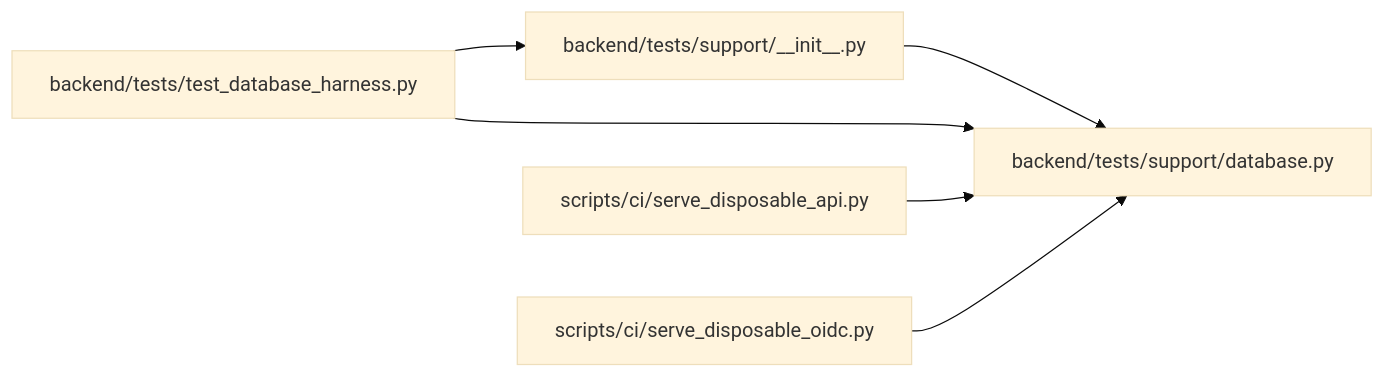
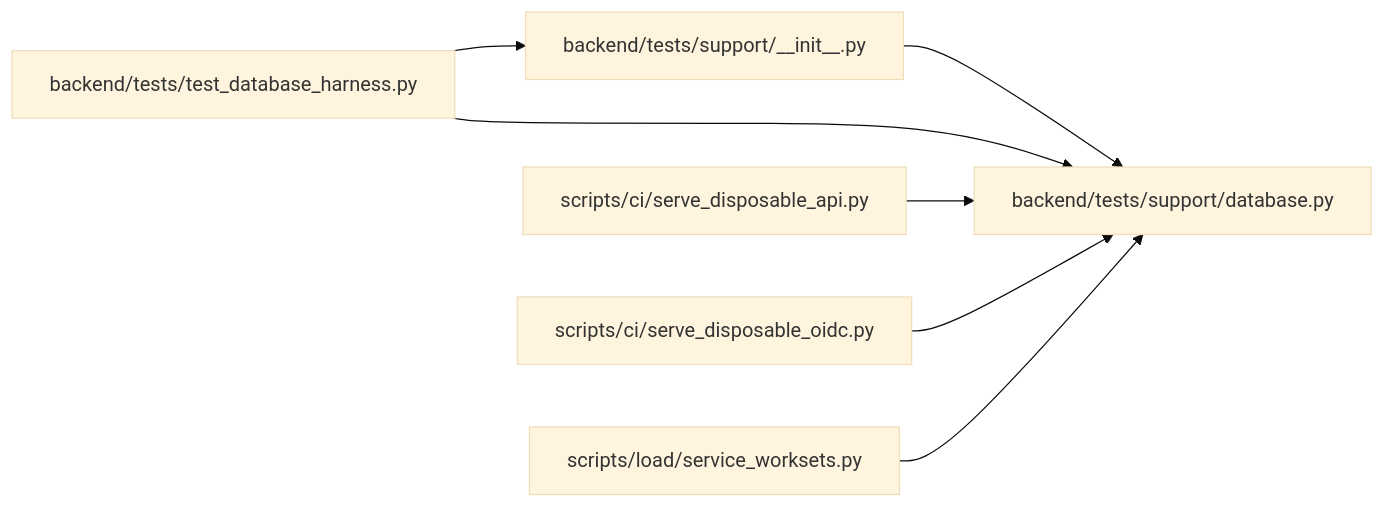
The diagram in docs/llm_wiki/modules/support_database.md (Denissvgn/WorkChord), drawn with Mermaid (base theme) before and after one commit. The commit also changed other lines of this file and 2509 other files, not shown here.

````diff
--- a/docs/llm_wiki/modules/support_database.md
+++ b/docs/llm_wiki/modules/support_database.md
@@ -27,18 +27,21 @@
 ```mermaid
 flowchart LR
     n0["backend/tests/support/__init__.py"]
     n1["backend/tests/support/database.py"]
     n2["backend/tests/test_database_harness.py"]
     n3["scripts/ci/serve_disposable_api.py"]
     n4["scripts/ci/serve_disposable_oidc.py"]
+    n5["scripts/load/service_worksets.py"]
     n0 --> n1
     n2 --> n0
     n2 --> n1
     n3 --> n1
     n4 --> n1
+    n5 --> n1
     click n0 "../modules/support___init__.md"
     click n1 "../modules/support_database.md"
     click n2 "../modules/test_database_harness.md"
     click n3 "../modules/serve_disposable_api.md"
     click n4 "../modules/serve_disposable_oidc.md"
+    click n5 "../modules/service_worksets.md"
 ```
````
